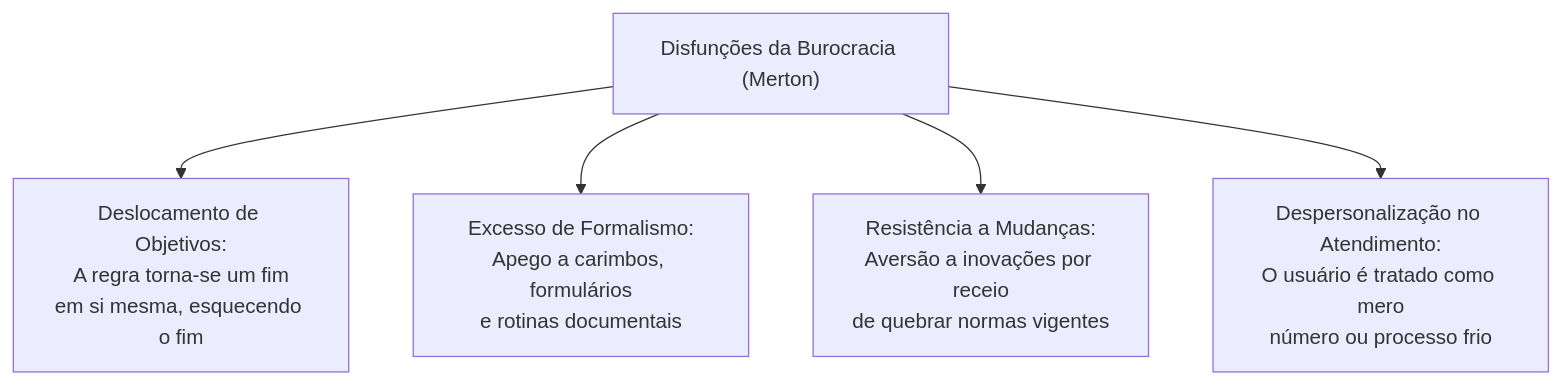
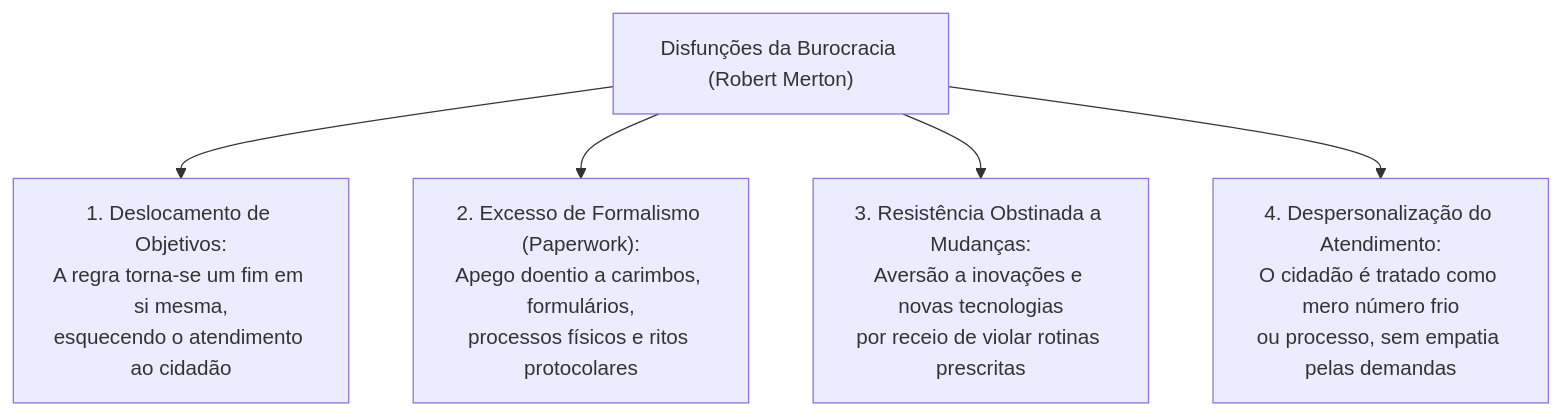
Before and after one commit to thiagosantos346/TCE-GO-2027: the second of 6 diagrams in fontes_de_estudo/conhecimentos_especificos_a01_tecnico_administrativo/21_nocoes_de_administracao_publica/02_modelos_de_administracao_publica_e_governanca.md, drawn with Mermaid. The commit also changed other lines of this file and 119 other files, not shown here.

````diff
--- a/fontes_de_estudo/conhecimentos_especificos_a01_tecnico_administrativo/21_nocoes_de_administracao_publica/02_modelos_de_administracao_publica_e_governanca.md
+++ b/fontes_de_estudo/conhecimentos_especificos_a01_tecnico_administrativo/21_nocoes_de_administracao_publica/02_modelos_de_administracao_publica_e_governanca.md
@@ -105,9 +106,9 @@
 ```mermaid
 flowchart TD
-    Disfuncoes["Disfunções da Burocracia (Merton)"]
+    Disfuncoes["Disfunções da Burocracia (Robert Merton)"]
     
-    Disfuncoes --> D1["Deslocamento de Objetivos:<br/>A regra torna-se um fim<br/>em si mesma, esquecendo o fim"]
-    Disfuncoes --> D2["Excesso de Formalismo:<br/>Apego a carimbos, formulários<br/>e rotinas documentais"]
-    Disfuncoes --> D3["Resistência a Mudanças:<br/>Aversão a inovações por receio<br/>de quebrar normas vigentes"]
-    Disfuncoes --> D4["Despersonalização no Atendimento:<br/>O usuário é tratado como mero<br/>número ou processo frio"]
+    Disfuncoes --> D1["1. Deslocamento de Objetivos:<br/>A regra torna-se um fim em si mesma,<br/>esquecendo o atendimento ao cidadão"]
+    Disfuncoes --> D2["2. Excesso de Formalismo (Paperwork):<br/>Apego doentio a carimbos, formulários,<br/>processos físicos e ritos protocolares"]
+    Disfuncoes --> D3["3. Resistência Obstinada a Mudanças:<br/>Aversão a inovações e novas tecnologias<br/>por receio de violar rotinas prescritas"]
+    Disfuncoes --> D4["4. Despersonalização do Atendimento:<br/>O cidadão é tratado como mero número frio<br/>ou processo, sem empatia pelas demandas"]
 ```
````
